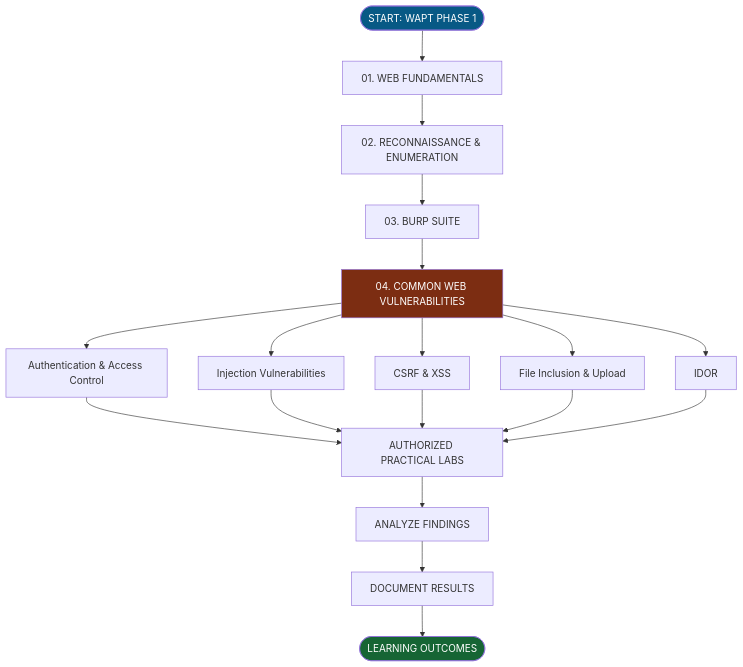
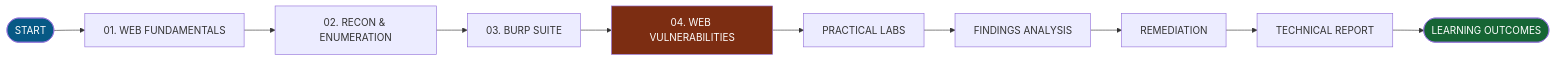
One commit to GhostMaskR/Web-Application-Basics changed the first of 5 diagrams in README.md. Above: the diagram before and after it, drawn with Mermaid. The commit also changed other lines of this file, not shown here.

````diff
--- a/README.md
+++ b/README.md
@@ -53,24 +69,16 @@
 ```mermaid
-flowchart TD
-    A(["START: WAPT PHASE 1"]) --> B["01. WEB FUNDAMENTALS"]
-    B --> C["02. RECONNAISSANCE & ENUMERATION"]
+flowchart LR
+    A(["START"]) --> B["01. WEB FUNDAMENTALS"]
+    B --> C["02. RECON & ENUMERATION"]
     C --> D["03. BURP SUITE"]
-    D --> E["04. COMMON WEB VULNERABILITIES"]
-    E --> F["Authentication & Access Control"]
-    E --> G["Injection Vulnerabilities"]
-    E --> H["CSRF & XSS"]
-    E --> I["File Inclusion & Upload"]
-    E --> J["IDOR"]
-    F --> K["AUTHORIZED PRACTICAL LABS"]
-    G --> K
-    H --> K
-    I --> K
-    J --> K
-    K --> L["ANALYZE FINDINGS"]
-    L --> M["DOCUMENT RESULTS"]
-    M --> N(["LEARNING OUTCOMES"])
+    D --> E["04. WEB VULNERABILITIES"]
+    E --> F["PRACTICAL LABS"]
+    F --> G["FINDINGS ANALYSIS"]
+    G --> H["REMEDIATION"]
+    H --> I["TECHNICAL REPORT"]
+    I --> J(["LEARNING OUTCOMES"])
 
     style A fill:#075985,color:#fff
-    style N fill:#166534,color:#fff
     style E fill:#7c2d12,color:#fff
+    style J fill:#166534,color:#fff
 ```
````
